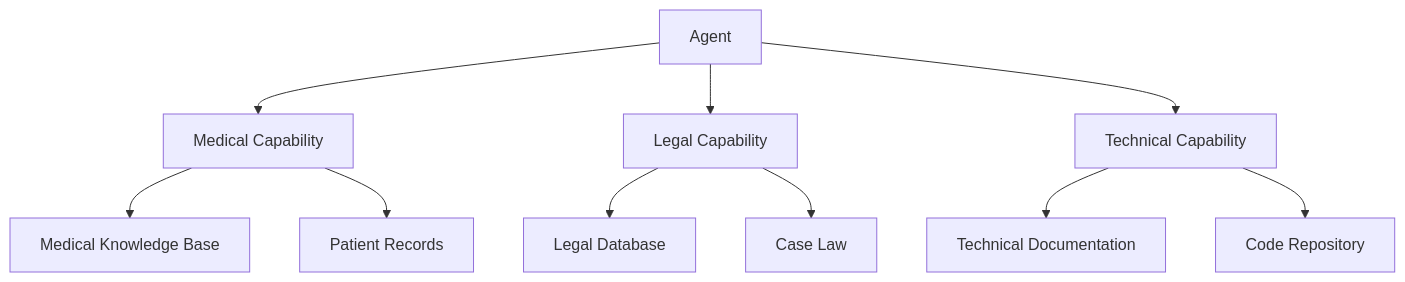
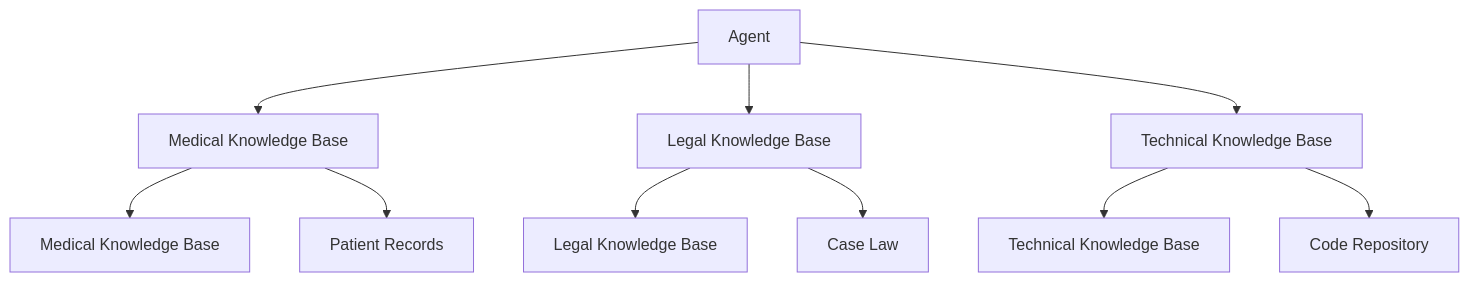
The ninth of 9 diagrams in opendxa/README.md (aitomatic/dana), drawn with Mermaid before and after one commit. The commit also changed other lines of this file and 26 other files, not shown here.

First line of the commit message:
Refactor OpenDXA architecture and enhance documentation

````diff
--- a/opendxa/README.md
+++ b/opendxa/README.md
@@ -303,15 +438,15 @@
 ```mermaid
 graph TB
-    A[Agent] --> C1[Medical Capability]
-    A --> C2[Legal Capability]
-    A --> C3[Technical Capability]
+    A[Agent] --> C1[Medical Knowledge Base]
+    A --> C2[Legal Knowledge Base]
+    A --> C3[Technical Knowledge Base]
     
     C1 --> K1[Medical Knowledge Base]
     C1 --> K2[Patient Records]
     
-    C2 --> K3[Legal Database]
+    C2 --> K3[Legal Knowledge Base]
     C2 --> K4[Case Law]
     
-    C3 --> K5[Technical Documentation]
+    C3 --> K5[Technical Knowledge Base]
     C3 --> K6[Code Repository]
 ```
````
